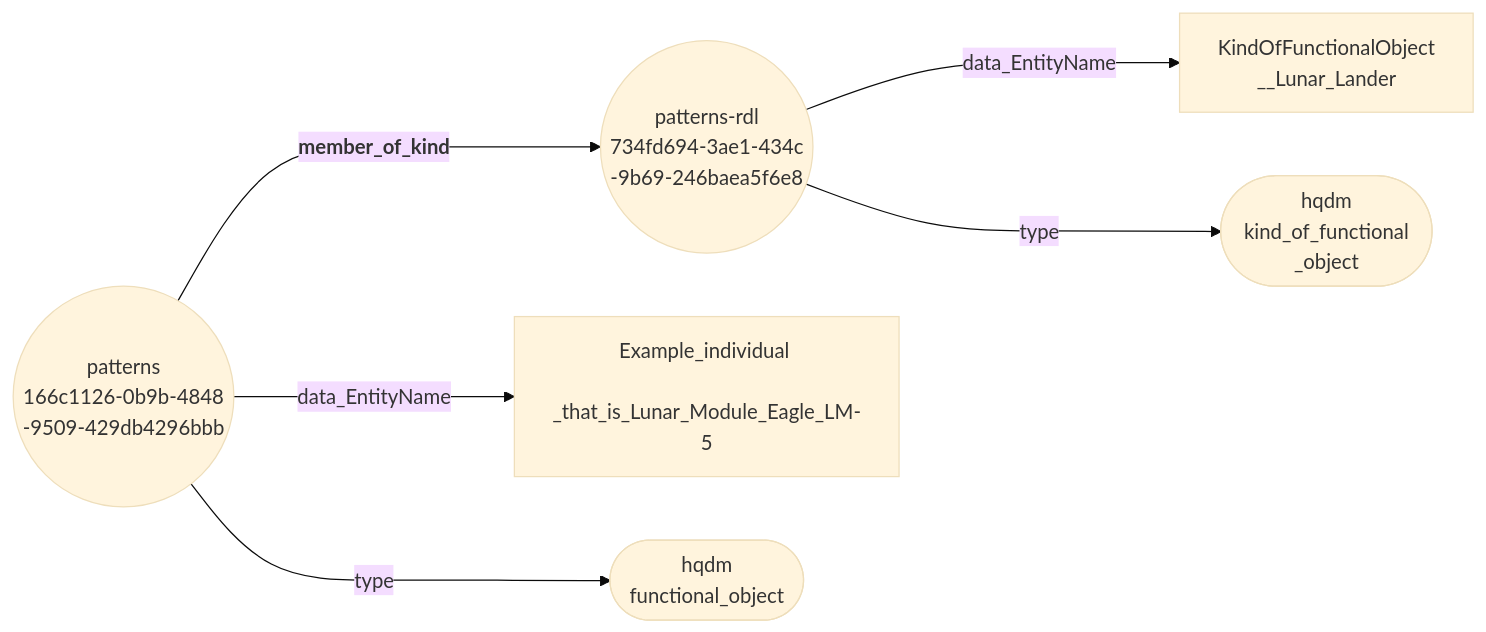
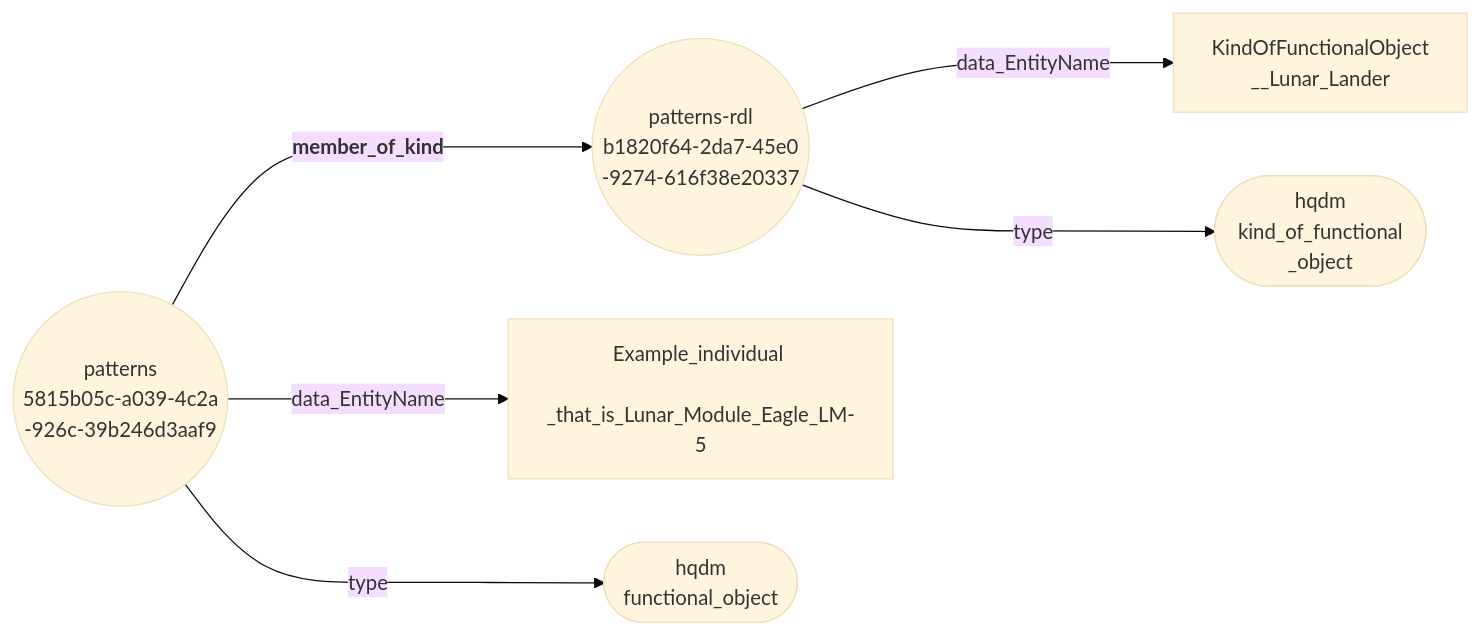
The diagram in docs/extras/example-files/member_of_kindNodeEdgeGraph.mermaid (ClimbingAl/HqdmPatterns), drawn with Mermaid (base theme) before and after one commit. The commit also changed 50 other files, not shown here.

````diff
--- a/docs/extras/example-files/member_of_kindNodeEdgeGraph.mermaid
+++ b/docs/extras/example-files/member_of_kindNodeEdgeGraph.mermaid
@@ -1,8 +1,8 @@
 ``` mermaid
 graph LR
-  166c1126-0b9b-4848-9509-429db4296bbb(("patterns <br> 166c1126-0b9b-4848 <br> -9509-429db4296bbb"))--->|"<b> member_of_kind"|734fd694-3ae1-434c-9b69-246baea5f6e8(("patterns-rdl <br> 734fd694-3ae1-434c <br> -9b69-246baea5f6e8"));
-  166c1126-0b9b-4848-9509-429db4296bbb(("patterns <br> 166c1126-0b9b-4848 <br> -9509-429db4296bbb"))--->|"data_EntityName"|Example_individual_that_is_Lunar_Module_Eagle_LM-5["Example_individual <br> _that_is_Lunar_Module_Eagle_LM-5"];
-  166c1126-0b9b-4848-9509-429db4296bbb(("patterns <br> 166c1126-0b9b-4848 <br> -9509-429db4296bbb"))--->|"type"|functional_object(["hqdm <br> functional_object"]);
-  734fd694-3ae1-434c-9b69-246baea5f6e8(("patterns-rdl <br> 734fd694-3ae1-434c <br> -9b69-246baea5f6e8"))--->|"data_EntityName"|KindOfFunctionalObject__Lunar_Lander["KindOfFunctionalObject <br> __Lunar_Lander"];
-  734fd694-3ae1-434c-9b69-246baea5f6e8(("patterns-rdl <br> 734fd694-3ae1-434c <br> -9b69-246baea5f6e8"))--->|"type"|kind_of_functional_object(["hqdm <br> kind_of_functional <br> _object"]);
+  5815b05c-a039-4c2a-926c-39b246d3aaf9(("patterns <br> 5815b05c-a039-4c2a <br> -926c-39b246d3aaf9"))--->|"<b> member_of_kind"|b1820f64-2da7-45e0-9274-616f38e20337(("patterns-rdl <br> b1820f64-2da7-45e0 <br> -9274-616f38e20337"));
+  5815b05c-a039-4c2a-926c-39b246d3aaf9(("patterns <br> 5815b05c-a039-4c2a <br> -926c-39b246d3aaf9"))--->|"data_EntityName"|Example_individual_that_is_Lunar_Module_Eagle_LM-5["Example_individual <br> _that_is_Lunar_Module_Eagle_LM-5"];
+  5815b05c-a039-4c2a-926c-39b246d3aaf9(("patterns <br> 5815b05c-a039-4c2a <br> -926c-39b246d3aaf9"))--->|"type"|functional_object(["hqdm <br> functional_object"]);
+  b1820f64-2da7-45e0-9274-616f38e20337(("patterns-rdl <br> b1820f64-2da7-45e0 <br> -9274-616f38e20337"))--->|"data_EntityName"|KindOfFunctionalObject__Lunar_Lander["KindOfFunctionalObject <br> __Lunar_Lander"];
+  b1820f64-2da7-45e0-9274-616f38e20337(("patterns-rdl <br> b1820f64-2da7-45e0 <br> -9274-616f38e20337"))--->|"type"|kind_of_functional_object(["hqdm <br> kind_of_functional <br> _object"]);
 ```
````
